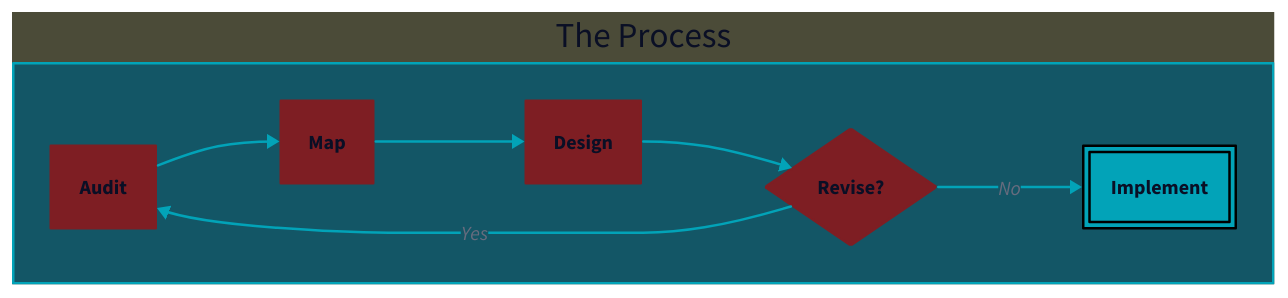
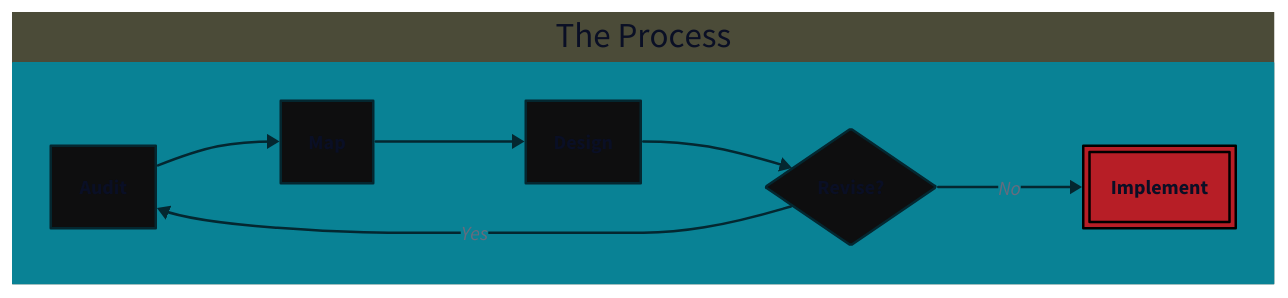
Before and after one commit to neosartre-nyc/dangerousangels: the diagram in src/content/story/plan.mdx, drawn with D2. The commit also changed 1 other file, not shown here.

Commit message:
finalColorChartChange

````diff
--- a/src/content/story/plan.mdx
+++ b/src/content/story/plan.mdx
@@ -8,58 +8,62 @@
 ```d2
 vars: {
-  B1: "#b71e26"
-  B2: "#7e1e23"
-  B3: "#135666"
-  B4: "#02a3b8"
-  AA2: "#7e1e23"
-  AA4: "#590e12"
-  AA5: "#f5f5f1"
-  AB4: "#4b4b38"
-  AB5: "#424233"
-}
+      B1: "#042730"
+      B2: "#0e0e0f"
+      B3: "#126878"
+      B4: "#098295"
+      B5: "#02a3b8"
+      B6: "#02a3b8"
+
+      AA2: "#ed464f"
+      AA4: "#b71e26"
+      AA5: "#fba6ab"
+
+      AB4: "#999d78"
+      AB5: "#585841"
+    }
 
 direction: right
 style.fill: "#4b4b38"
 The Process: {
   style: {
     stroke: ${B4}
-    fill: ${B3}
+    fill: ${B4}
   }
   Audit -> Map -> Design -> Revise?:{
     style: {
-    stroke: ${B4}
+    stroke: ${B1}
     fill: ${B3}
   }
   }
 
 
   Revise?.shape: diamond
   Revise? -> Implement: No {
-    style.stroke: ${B4}
+    style.stroke: ${B1}
   }
   Revise? -> Audit: Yes {
-    style.stroke: ${B4}
+    style.stroke: ${B1}
   }
 
   # Reference the variables using ${var_name}
   Audit.style:{
     fill: ${B2}
-    stroke: ${B2}
+    stroke: ${B1}
   }
   Map.style:{
     fill: ${B2}
-    stroke: ${B2}
+    stroke: ${B1}
   }
   Design.style:{
     fill: ${B2}
-    stroke: ${B2}
+    stroke: ${B1}
   }
   Revise?.style:{
     fill: ${B2}
-    stroke: ${B2}
+    stroke: ${B1}
   }
-  Implement.style.fill: ${B4}
+  Implement.style.fill: ${AA4}
   Implement.style.double-border: true
   Implement.style.stroke: "black"
 }
 ```
````
